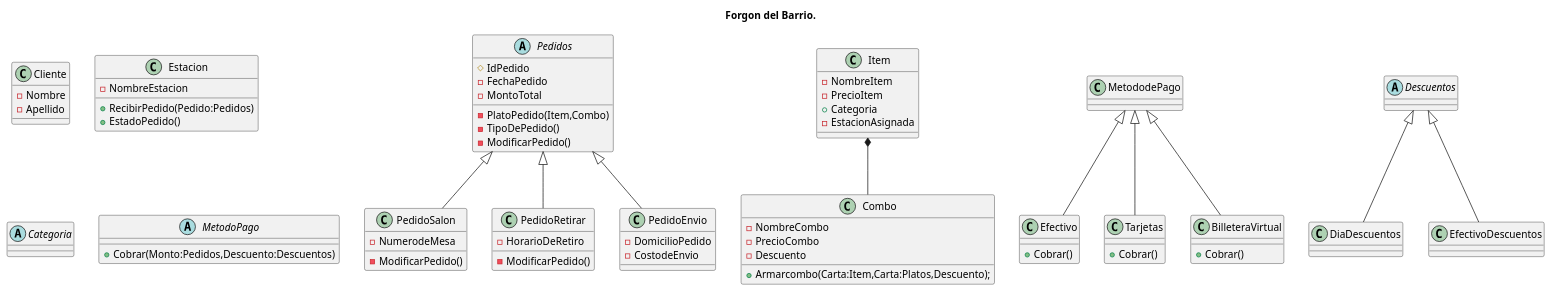
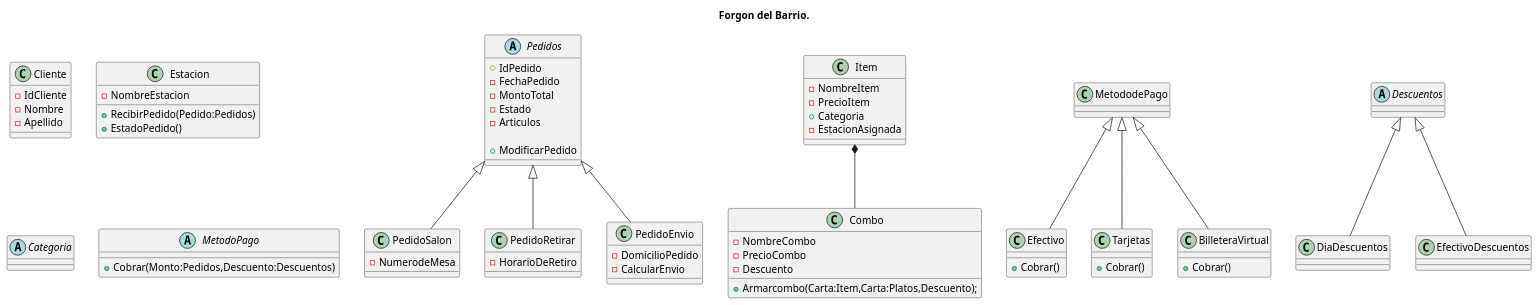
One commit to biglierilaram/Trabajo_Practico_Prog2 changed the diagram in Diagrama del TP/Restaurante.puml. Above: the diagram before and after it, drawn with PlantUML.

Commit message:
Modificación en clases cliente, pedidos y herencia, pedidos salón, retirar y envío.

```diff
--- a/Diagrama del TP/Restaurante.puml
+++ b/Diagrama del TP/Restaurante.puml
@@ -1,141 +1,144 @@
 @startuml
 
 title Forgon del Barrio.
 
 class Cliente{
--Nombre
--Apellido
+- IdCliente
+- Nombre
+- Apellido
 }
-
+' Incluí IdCliente y sacaria -nombre y -apellido, no me interesan, dejo solo un # de cliente
+' Relacion Cliente pedido (asociacion, 1 cliente varios pedidos)
 
 abstract class Pedidos{
-#IdPedido
--FechaPedido
--MontoTotal
--PlatoPedido(Item,Combo)
+# IdPedido
+- FechaPedido
+- MontoTotal
+- Estado
+- Articulos
 
++ ModificarPedido
+}
+'Agrego Estado (en proparacion, listo, entregado)
+'Saco -TipoDePedido() ya que son las clases que heredan
 
--TipoDePedido()
--ModificarPedido()
-
-}
 
 ' Relaciones
 Pedidos <|-- PedidoSalon
 Pedidos <|-- PedidoRetirar
 Pedidos <|--PedidoEnvio
 
 class PedidoSalon{
 -NumerodeMesa
--ModificarPedido()
 }
 
 class PedidoRetirar{
 -HorarioDeRetiro
--ModificarPedido()
 }
 
 class PedidoEnvio{
 -DomicilioPedido
--CostodeEnvio
+-CalcularEnvio
 }
+'Agrego calcular envio
+'Saco modificar pedido de las clases heredadas ya que lo hace la clase pedidos
 
 ' CADETE QUE ES? TIENE OBRA SOCIAL?
 
 
 
 
 
 
 
 
 
 
 
 
 
 
 
 class Estacion{
 
 -NombreEstacion
 
 +RecibirPedido(Pedido:Pedidos)
 +EstadoPedido()
 
 }
 ' TENEMOS QUE VER COMO PORONGA ESTABLECER EL ESTADO DEL PEDIDO
 ' AVERIGUAR SI LOS TIPOS DE ESTACIONES SON HIJOS O ALGO DE ESTACION
 
 
 
 
 
 
 
 
 
 
 'NO SI SI VA
 abstract class Categoria{
 
 }
 
 class Item{
 
 -NombreItem
 -PrecioItem
 +Categoria
 -EstacionAsignada
 
 }
 
 class Combo{
 -NombreCombo
 -PrecioCombo
 -Descuento
 + Armarcombo(Carta:Item,Carta:Platos,Descuento);
 }
 
 'Relacion
 Item 	*-- Combo
 
 
 abstract class MetodoPago{
 +Cobrar(Monto:Pedidos,Descuento:Descuentos)
 }
 
 class Efectivo{
 +Cobrar()
 }
 
 class Tarjetas{
 +Cobrar()
 }
 
 class BilleteraVirtual{
 +Cobrar()
 }
 'Relacion
 MetododePago <|-- Efectivo
 MetododePago <|-- Tarjetas
 MetododePago <|-- BilleteraVirtual
 
 
 
 'DEFINIR COMO ELEGIR QUE DESCUENTO APLICAR
 abstract class Descuentos{
 }
 
 class DiaDescuentos{
 }
 
 class EfectivoDescuentos{
 }
 
 Descuentos <|-- DiaDescuentos
 Descuentos <|-- EfectivoDescuentos
 
 
 
 @enduml
```
